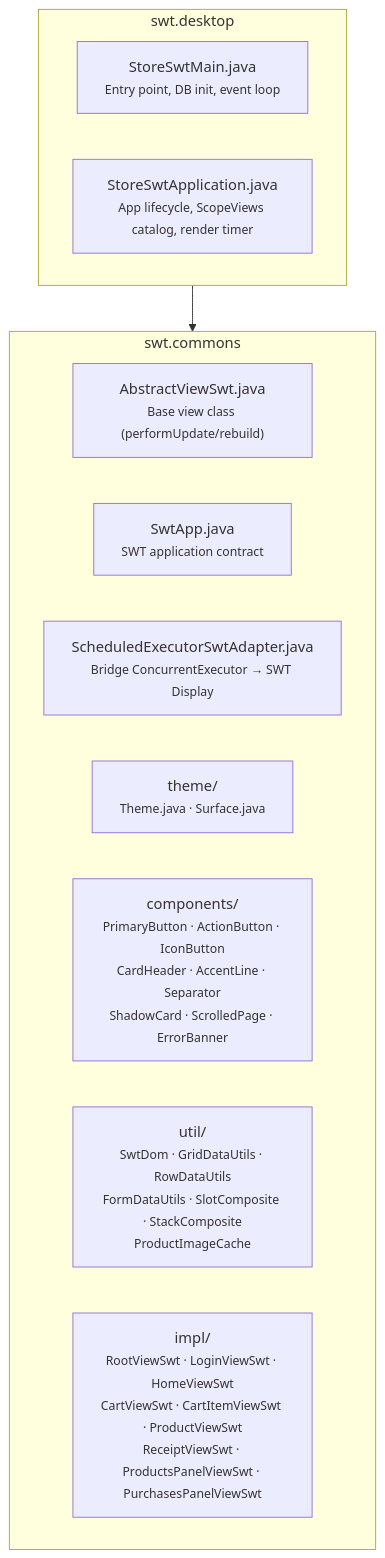
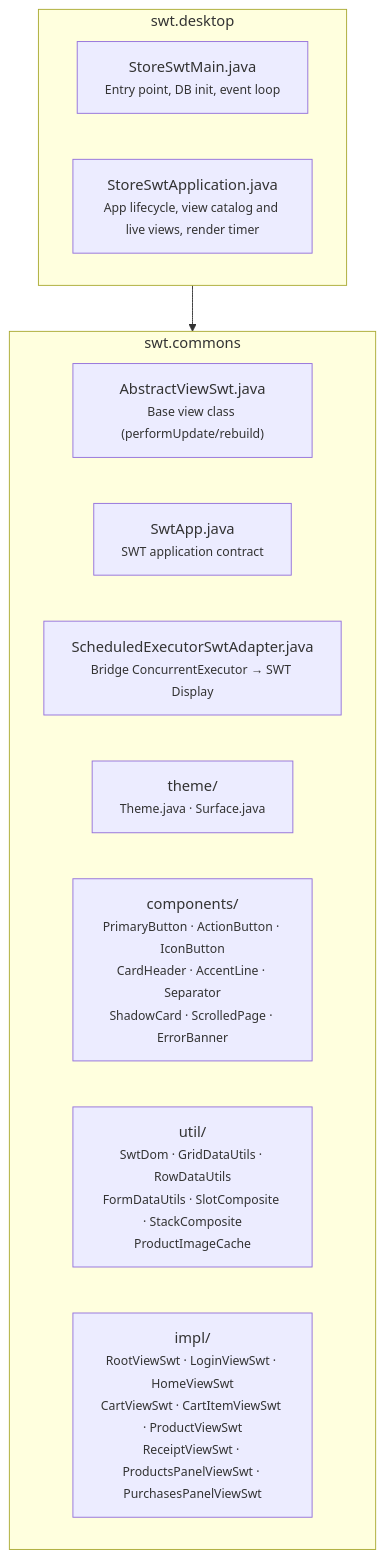
One commit to mrcdom/wdc-cube-java-v2 changed the third of 3 diagrams in fontes/br.com.wdc.store/br.com.wdc.store.view.swt/README.md. Above: the diagram before and after it, drawn with Mermaid. The commit also changed other lines of this file and 67 other files, not shown here.

````diff
--- a/fontes/br.com.wdc.store/br.com.wdc.store.view.swt/README.md
+++ b/fontes/br.com.wdc.store/br.com.wdc.store.view.swt/README.md
@@ -39,19 +39,19 @@
 ```mermaid
 graph TD
     subgraph Desktop["swt.desktop"]
         main["StoreSwtMain.java<br/><small>Entry point, DB init, event loop</small>"]
-        app["StoreSwtApplication.java<br/><small>App lifecycle, ScopeViews catalog, render timer</small>"]
+        app["StoreSwtApplication.java<br/><small>App lifecycle, view catalog and live views, render timer</small>"]
     end
 
     subgraph Commons["swt.commons"]
         base["AbstractViewSwt.java<br/><small>Base view class (performUpdate/rebuild)</small>"]
         swtApp["SwtApp.java<br/><small>SWT application contract</small>"]
         sched["ScheduledExecutorSwtAdapter.java<br/><small>Bridge ConcurrentExecutor → SWT Display</small>"]
         theme["theme/<br/><small>Theme.java · Surface.java</small>"]
         components["components/<br/><small>PrimaryButton · ActionButton · IconButton<br/>CardHeader · AccentLine · Separator<br/>ShadowCard · ScrolledPage · ErrorBanner</small>"]
         util["util/<br/><small>SwtDom · GridDataUtils · RowDataUtils<br/>FormDataUtils · SlotComposite · StackComposite<br/>ProductImageCache</small>"]
         impl["impl/<br/><small>RootViewSwt · LoginViewSwt · HomeViewSwt<br/>CartViewSwt · CartItemViewSwt · ProductViewSwt<br/>ReceiptViewSwt · ProductsPanelViewSwt · PurchasesPanelViewSwt</small>"]
     end
 
     Desktop --> Commons
 ```
````
